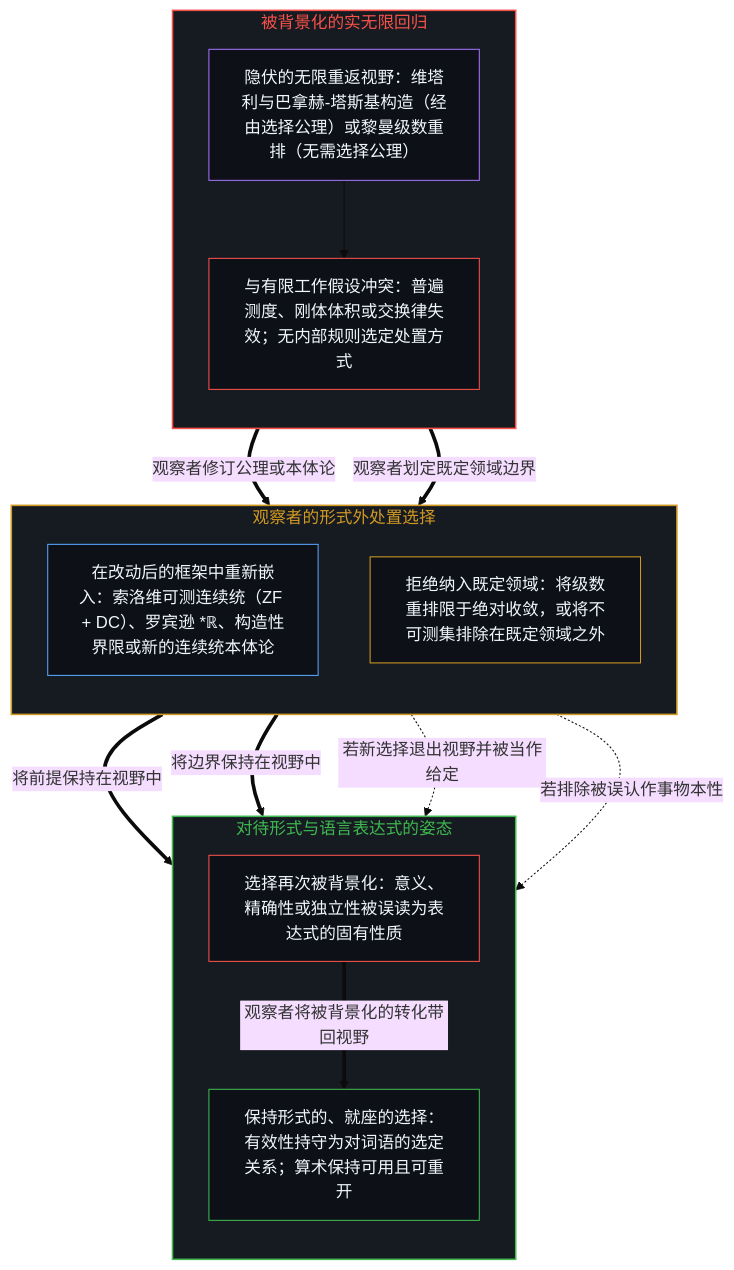
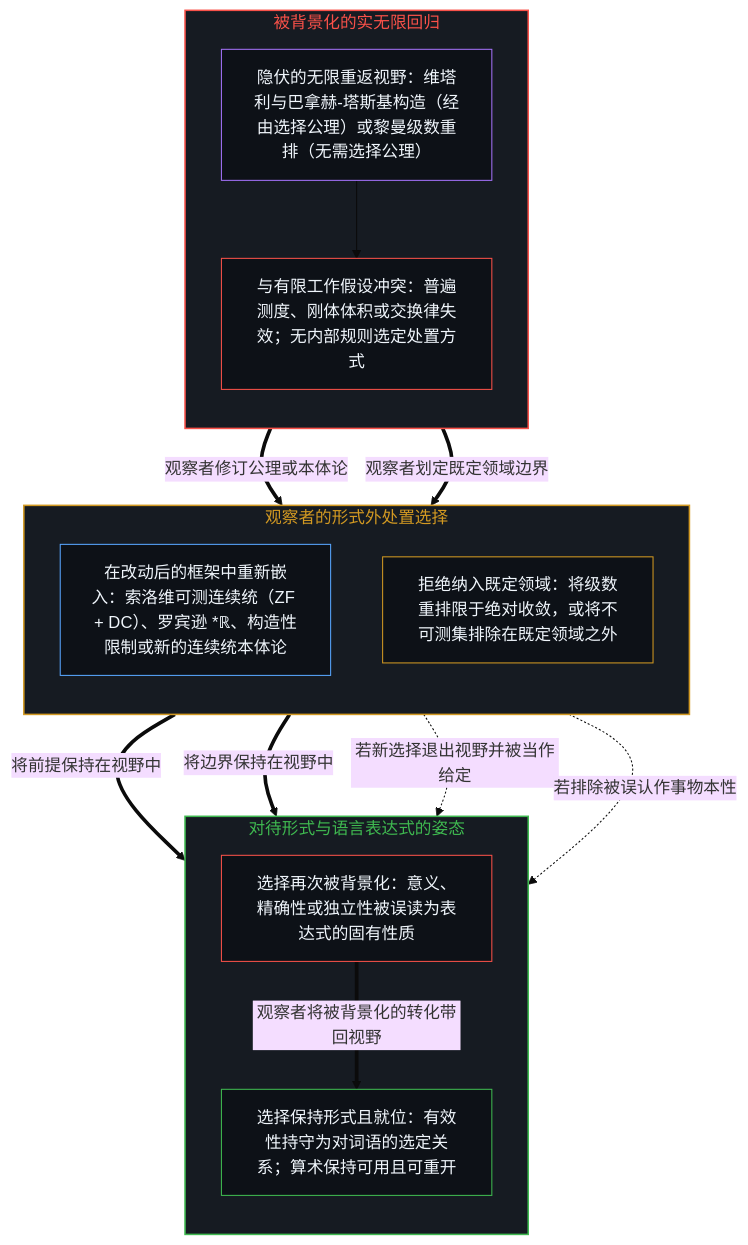
The third of 4 diagrams in content/posts/the-built-in-infinity-of-integers-and-the-backgrounded-choice.md (powerpig99/not-a-toe), drawn with Mermaid (base theme) before and after one commit. The commit also changed other lines of this file and 3 other files, not shown here.

````diff
--- a/content/posts/the-built-in-infinity-of-integers-and-the-backgrounded-choice.md
+++ b/content/posts/the-built-in-infinity-of-integers-and-the-backgrounded-choice.md
@@ -103,35 +103,35 @@
 ```mermaid
 flowchart TD
     subgraph S_Clash["被背景化的实无限回归"]
         direction TB
         Return["隐伏的无限重返视野：维塔利与巴拿赫-塔斯基构造（经由选择公理）或黎曼级数重排（无需选择公理）"]
         Conflict["与有限工作假设冲突：普遍测度、刚体体积或交换律失效；无内部规则选定处置方式"]
         Return --> Conflict
     end
     subgraph S_Disp["观察者的形式外处置选择"]
         direction TB
-        ReEmbed["在改动后的框架中重新嵌入：索洛维可测连续统（ZF + DC）、罗宾逊 *ℝ、构造性界限或新的连续统本体论"]
+        ReEmbed["在改动后的框架中重新嵌入：索洛维可测连续统（ZF + DC）、罗宾逊 *ℝ、构造性限制或新的连续统本体论"]
         Refuse["拒绝纳入既定领域：将级数重排限于绝对收敛，或将不可测集排除在既定领域之外"]
     end
     subgraph S_Hold["对待形式与语言表达式的姿态"]
         direction TB
         BgChoice["选择再次被背景化：意义、精确性或独立性被误读为表达式的固有性质"]
-        Seated["保持形式的、就座的选择：有效性持守为对词语的选定关系；算术保持可用且可重开"]
+        Seated["选择保持形式且就位：有效性持守为对词语的选定关系；算术保持可用且可重开"]
     end
     Conflict ==>|"观察者修订公理或本体论"| ReEmbed
     Conflict ==>|"观察者划定既定领域边界"| Refuse
     ReEmbed ==>|"将前提保持在视野中"| Seated
     Refuse ==>|"将边界保持在视野中"| Seated
     ReEmbed -.->|"若新选择退出视野并被当作给定"| BgChoice
     Refuse -.->|"若排除被误认作事物本性"| BgChoice
     BgChoice ==>|"观察者将被背景化的转化带回视野"| Seated
     style S_Clash fill:#161b22,stroke:#f85149,stroke-width:1.5px,color:#f85149
     style S_Disp fill:#161b22,stroke:#d29922,stroke-width:1.5px,color:#d29922
     style S_Hold fill:#161b22,stroke:#3fb950,stroke-width:1.5px,color:#3fb950
     style Return fill:#0d1117,stroke:#a371f7,stroke-width:1px,color:#f0f6fc
     style Conflict fill:#0d1117,stroke:#f85149,stroke-width:1px,color:#f0f6fc
     style ReEmbed fill:#0d1117,stroke:#58a6ff,stroke-width:1px,color:#f0f6fc
     style Refuse fill:#0d1117,stroke:#d29922,stroke-width:1px,color:#f0f6fc
     style BgChoice fill:#0d1117,stroke:#f85149,stroke-width:1px,color:#f0f6fc
     style Seated fill:#0d1117,stroke:#3fb950,stroke-width:1px,color:#f0f6fc
 ```
````
